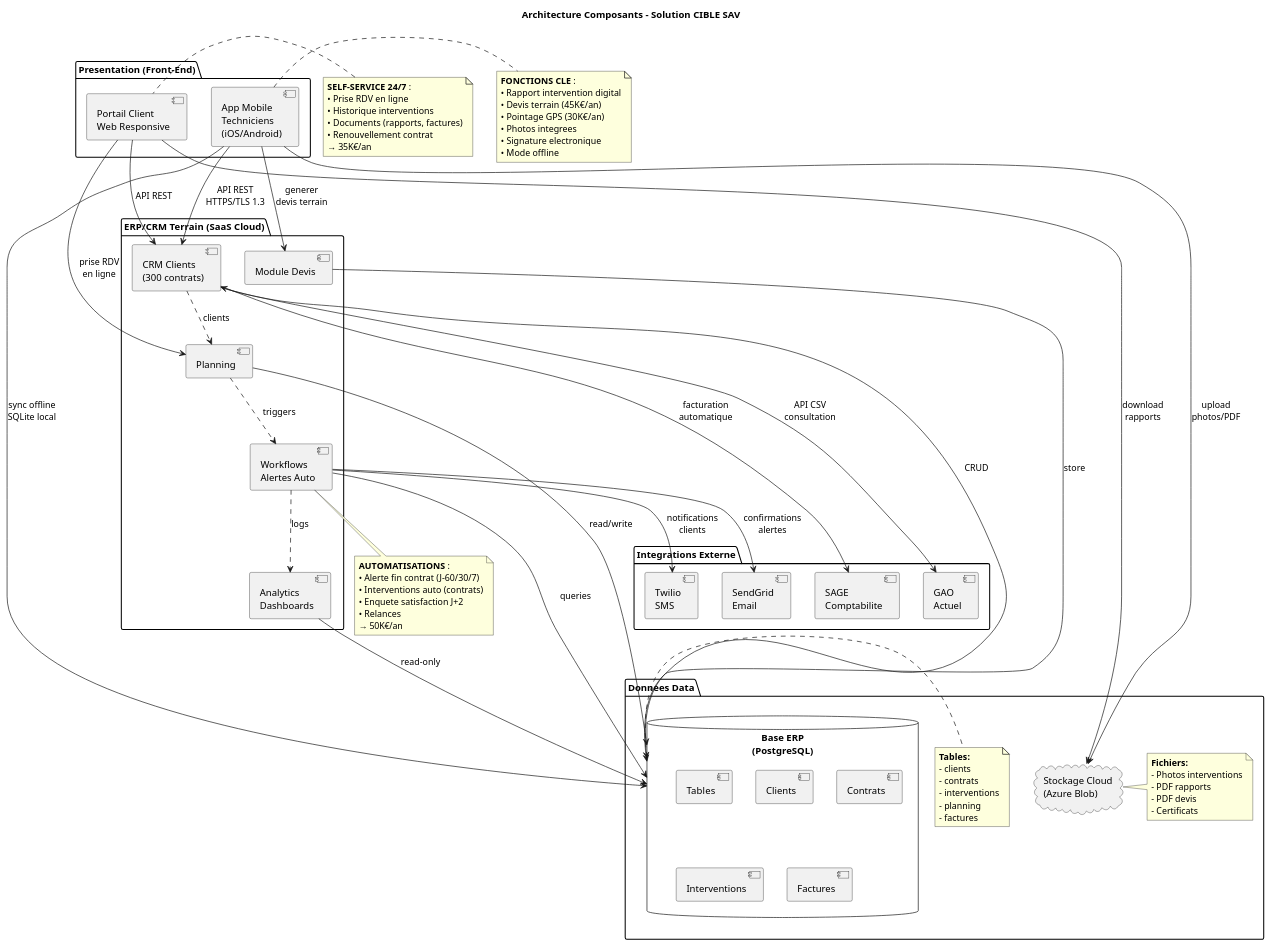
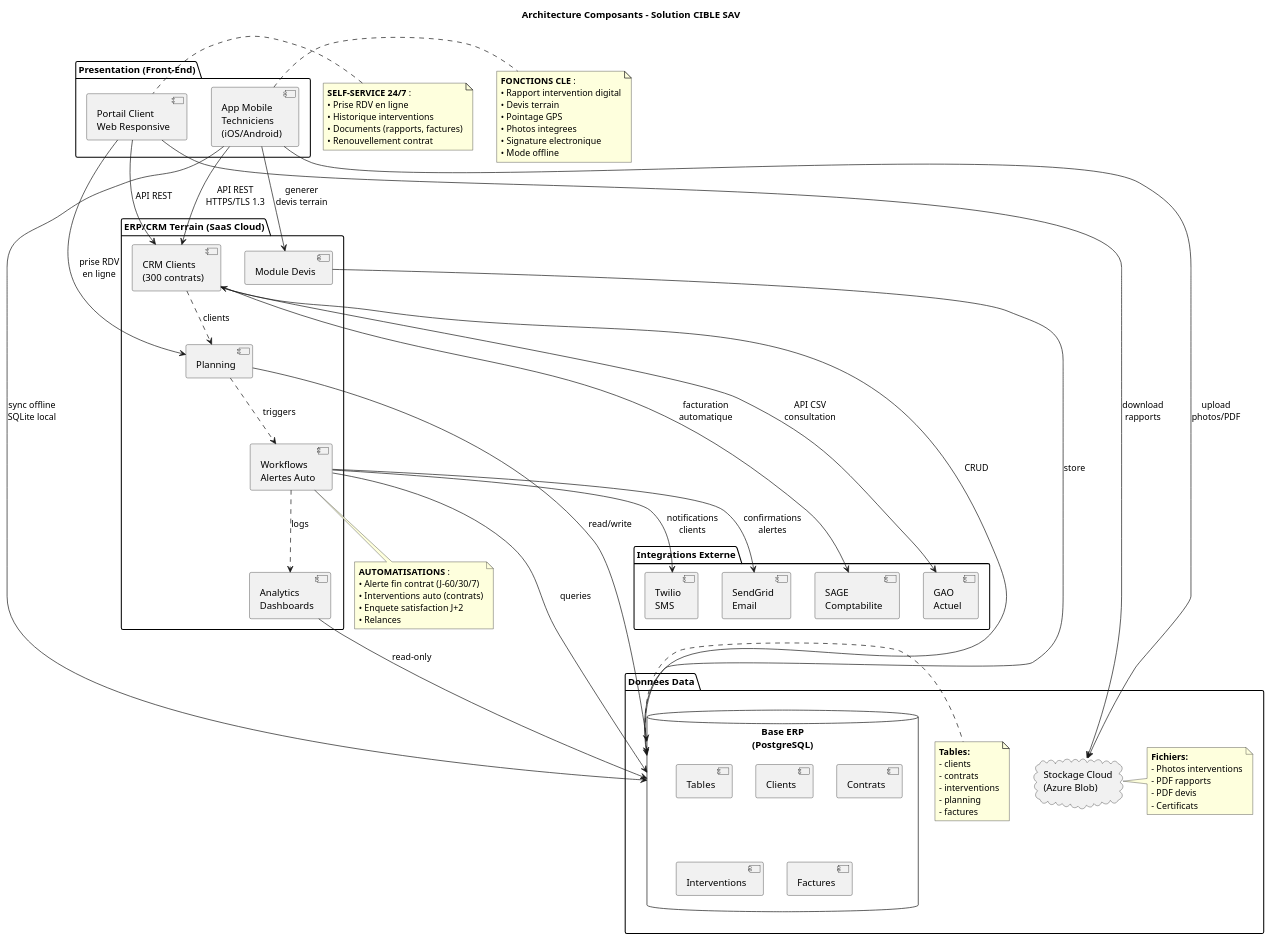
The diagram in Services/Maintenance-Technique/uml/puml/05_component_architecture.puml (JordanSerafini/Audit_Duret), drawn with PlantUML before and after one commit. The commit also changed 7 other files, not shown here.

```diff
--- a/Services/Maintenance-Technique/uml/puml/05_component_architecture.puml
+++ b/Services/Maintenance-Technique/uml/puml/05_component_architecture.puml
@@ -1,108 +1,106 @@
 @startuml Component_Architecture
 
 title Architecture Composants - Solution CIBLE SAV
 
 package "Presentation (Front-End)" {
   [App Mobile\nTechniciens\n(iOS/Android)] as AppMobile
   [Portail Client\nWeb Responsive] as PortailWeb
 }
 
 package "ERP/CRM Terrain (SaaS Cloud)" {
   [CRM Clients\n(300 contrats)] as CRM
   [Planning\nIntelligent] as Planning
   [Module Devis] as Devis
   [Workflows\nAlertes Auto] as Workflows
   [Analytics\nDashboards] as Analytics
 
   CRM ..> Planning : clients
   Planning ..> Workflows : triggers
   Workflows ..> Analytics : logs
 }
 
 package "Donnees Data" {
   database "Base ERP\n(PostgreSQL)" as DB {
     [Tables]
     [Clients]
     [Contrats]
     [Interventions]
     [Planning]
     [Factures]
   }
 
   cloud "Stockage Cloud\n(Azure Blob)" as Cloud
 
   note right of DB
     **Tables:**
     - clients
     - contrats
     - interventions
     - planning
     - factures
   end note
 
   note right of Cloud
     **Fichiers:**
     - Photos interventions
     - PDF rapports
     - PDF devis
     - Certificats
   end note
 }
 
 package "Integrations Externe" {
   [GAO\nActuel] as GAO
   [SAGE\nComptabilite] as SAGE
   [Twilio\nSMS] as SMS
   [SendGrid\nEmail] as Email
 }
 
 AppMobile --> CRM : API REST\nHTTPS/TLS 1.3
 AppMobile --> Devis : generer\ndevis terrain
 AppMobile --> DB : sync offline\nSQLite local
 
 PortailWeb --> CRM : API REST
 PortailWeb --> Planning : prise RDV\nen ligne
 
 CRM --> DB : CRUD
 Planning --> DB : read/write
 Devis --> DB : store
 Workflows --> DB : queries
 Analytics --> DB : read-only
 
 AppMobile --> Cloud : upload\nphotos/PDF
 PortailWeb --> Cloud : download\nrapports
 
 CRM <--> GAO : API CSV\nconsultation
 CRM --> SAGE : facturation\nautomatique
 Workflows --> SMS : notifications\nclients
 Workflows --> Email : confirmations\nalertes
 
 note right of AppMobile
   **FONCTIONS CLE** :
   • Rapport intervention digital
-  • Devis terrain (45K€/an)
-  • Pointage GPS (30K€/an)
+  • Devis terrain
+  • Pointage GPS
   • Photos integrees
   • Signature electronique
   • Mode offline
 end note
 
 note left of PortailWeb
   **SELF-SERVICE 24/7** :
   • Prise RDV en ligne
   • Historique interventions
   • Documents (rapports, factures)
   • Renouvellement contrat
-  → 35K€/an
 end note
 
 note bottom of Workflows
   **AUTOMATISATIONS** :
   • Alerte fin contrat (J-60/30/7)
   • Interventions auto (contrats)
   • Enquete satisfaction J+2
   • Relances
-  → 50K€/an
 end note
 
 @enduml
```
